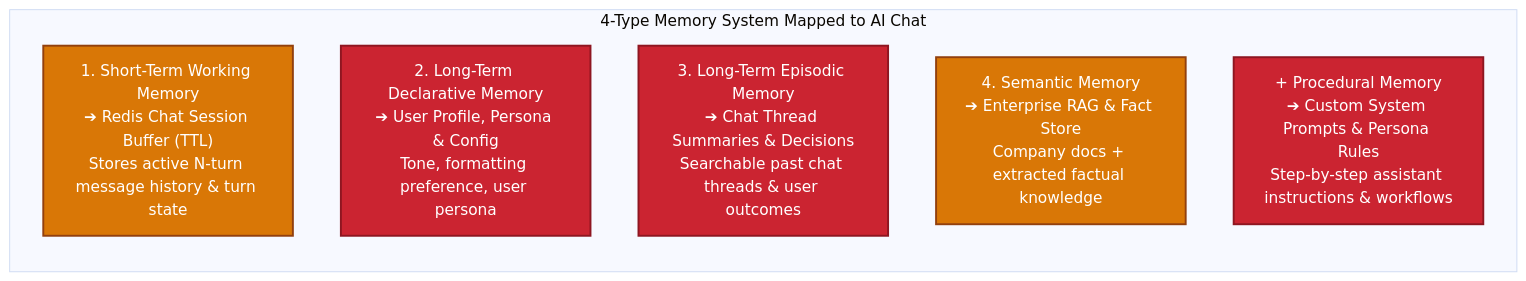
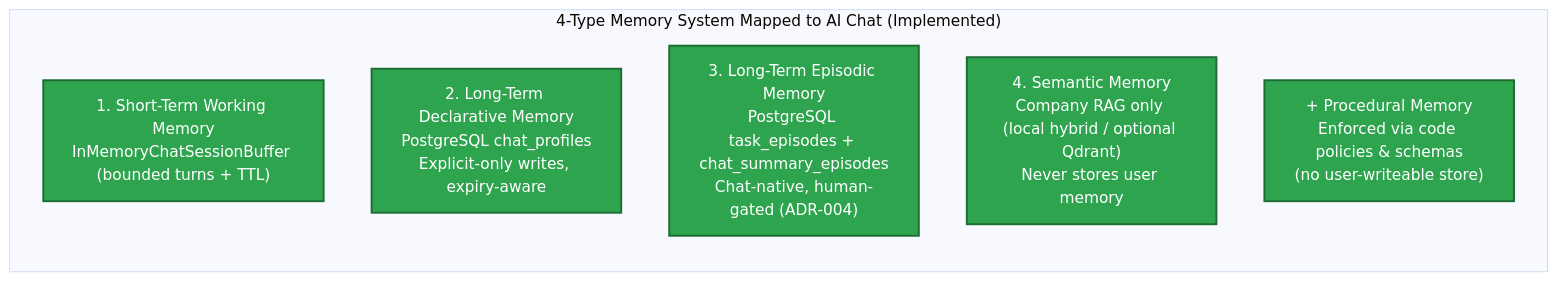
The second of 2 diagrams in docs/references/memory-system-and-chat-demo-analysis.md (MathematicGuy/EMAIL-AGENT-v1), drawn with Mermaid (base theme) before and after one commit. The commit also changed other lines of this file and 23 other files, not shown here.

First line of the commit message:
feat(chat): complete V2-M6 memory evaluation and governance

````diff
--- a/docs/references/memory-system-and-chat-demo-analysis.md
+++ b/docs/references/memory-system-and-chat-demo-analysis.md
@@ -123,15 +151,14 @@
 ```mermaid
 flowchart LR
     classDef green fill:#2ea44f,stroke:#1e6b33,stroke-width:2px,color:#ffffff;
-    classDef red fill:#cb2431,stroke:#8e1621,stroke-width:2px,color:#ffffff;
     classDef yellow fill:#d97706,stroke:#92400e,stroke-width:2px,color:#ffffff;
 
-    subgraph Chat_Memory_Mapping["4-Type Memory System Mapped to AI Chat"]
+    subgraph Chat_Memory_Mapping["4-Type Memory System Mapped to AI Chat (Implemented)"]
         direction TB
-        WM2["1. Short-Term Working Memory<br/>➔ Redis Chat Session Buffer (TTL)<br/>Stores active N-turn message history & turn state"]:::yellow
-        DM2["2. Long-Term Declarative Memory<br/>➔ User Profile, Persona & Config<br/>Tone, formatting preference, user persona"]:::red
-        EM2["3. Long-Term Episodic Memory<br/>➔ Chat Thread Summaries & Decisions<br/>Searchable past chat threads & user outcomes"]:::red
-        SM2["4. Semantic Memory<br/>➔ Enterprise RAG & Fact Store<br/>Company docs + extracted factual knowledge"]:::yellow
-        PM2["+ Procedural Memory<br/>➔ Custom System Prompts & Persona Rules<br/>Step-by-step assistant instructions & workflows"]:::red
+        WM2["1. Short-Term Working Memory<br/>InMemoryChatSessionBuffer (bounded turns + TTL)"]:::green
+        DM2["2. Long-Term Declarative Memory<br/>PostgreSQL chat_profiles<br/>Explicit-only writes, expiry-aware"]:::green
+        EM2["3. Long-Term Episodic Memory<br/>PostgreSQL task_episodes + chat_summary_episodes<br/>Chat-native, human-gated (ADR-004)"]:::green
+        SM2["4. Semantic Memory<br/>Company RAG only (local hybrid / optional Qdrant)<br/>Never stores user memory"]:::green
+        PM2["+ Procedural Memory<br/>Enforced via code policies & schemas<br/>(no user-writeable store)"]:::green
     end
 ```
````
